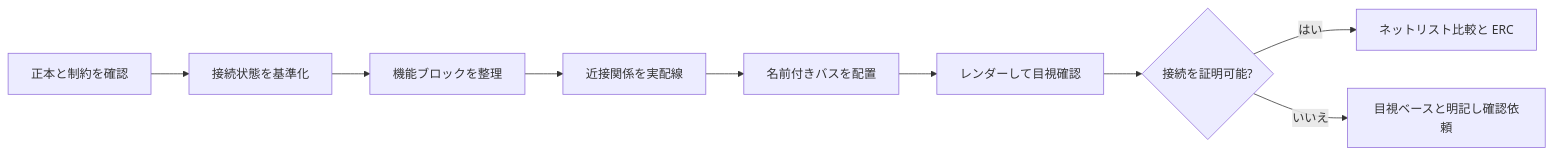
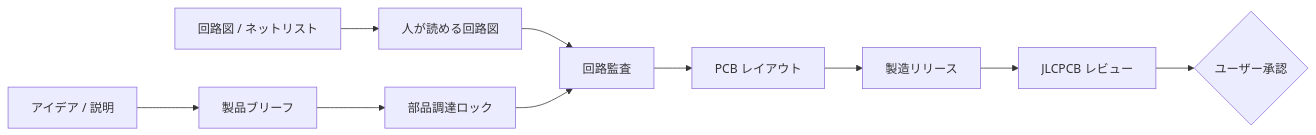
The diagram in README.ja.md (Keitark/pcba-design-skills), drawn with Mermaid before and after one commit. The commit also changed other lines of this file and 93 other files, not shown here.

````diff
--- a/README.ja.md
+++ b/README.ja.md
@@ -39,11 +48,12 @@
 ```mermaid
 flowchart LR
-    A["正本と制約を確認"] --> B["接続状態を基準化"]
-    B --> C["機能ブロックを整理"]
-    C --> D["近接関係を実配線"]
-    D --> E["名前付きバスを配置"]
-    E --> F["レンダーして目視確認"]
-    F --> G{"接続を証明可能?"}
-    G -->|はい| H["ネットリスト比較と ERC"]
-    G -->|いいえ| I["目視ベースと明記し確認依頼"]
+    A["アイデア / 説明"] --> B["製品ブリーフ"]
+    N["回路図 / ネットリスト"] --> H["人が読める回路図"]
+    B --> S["部品調達ロック"]
+    H --> C["回路監査"]
+    S --> C
+    C --> L["PCB レイアウト"]
+    L --> R["製造リリース"]
+    R --> J["JLCPCB レビュー"]
+    J --> G{"ユーザー承認"}
 ```
````
